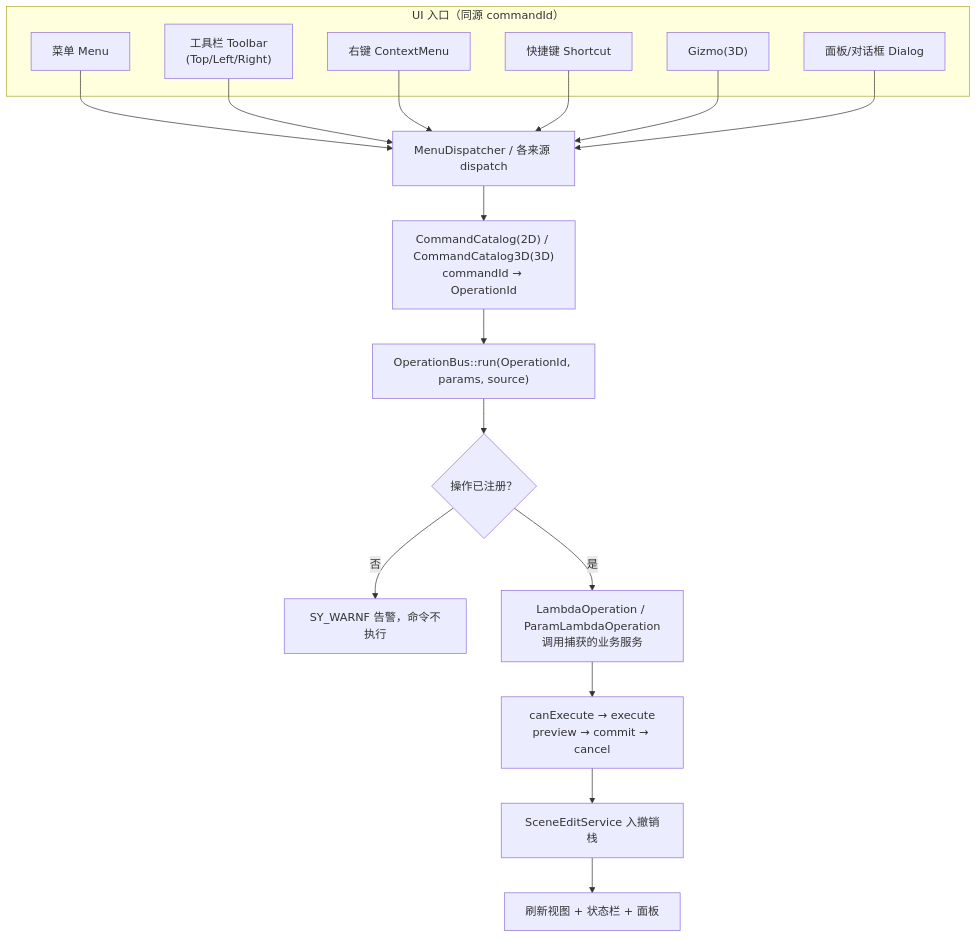
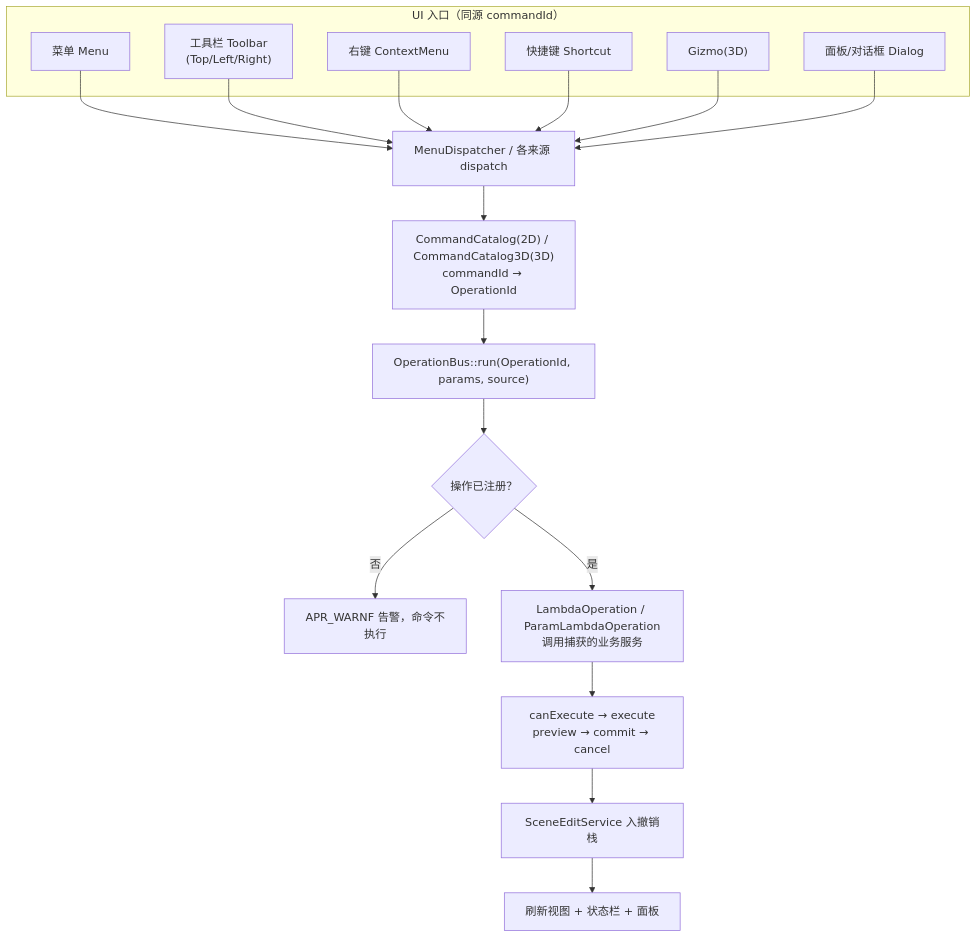
Diagram 14 of 16 in Docs/01-当前架构/UI交互流程.md (yulinxx/CAD), drawn with Mermaid before and after one commit. The commit also changed other lines of this file and 326 other files, not shown here.

````diff
--- a/Docs/01-当前架构/UI交互流程.md
+++ b/Docs/01-当前架构/UI交互流程.md
@@ -347,27 +347,27 @@
 ```mermaid
 flowchart TD
     subgraph 入口["UI 入口（同源 commandId）"]
         M["菜单 Menu"]
         T["工具栏 Toolbar<br/>(Top/Left/Right)"]
         C["右键 ContextMenu"]
         S["快捷键 Shortcut"]
         G["Gizmo(3D)"]
         P["面板/对话框 Dialog"]
     end
 
     M --> D["MenuDispatcher / 各来源 dispatch"]
     T --> D
     C --> D
     S --> D
     G --> D
     P --> D
 
     D --> Cat["CommandCatalog(2D) / CommandCatalog3D(3D)<br/>commandId → OperationId"]
     Cat --> Bus["OperationBus::run(OperationId, params, source)"]
     Bus --> Reg{"操作已注册？"}
-    Reg -- "否" --> Warn["SY_WARNF 告警，命令不执行"]
+    Reg -- "否" --> Warn["APR_WARNF 告警，命令不执行"]
     Reg -- "是" --> Exec["LambdaOperation / ParamLambdaOperation<br/>调用捕获的业务服务"]
     Exec --> Phase["canExecute → execute<br/>preview → commit → cancel"]
     Phase --> Undo["SceneEditService 入撤销栈"]
     Undo --> Refresh["刷新视图 + 状态栏 + 面板"]
 ```
````
